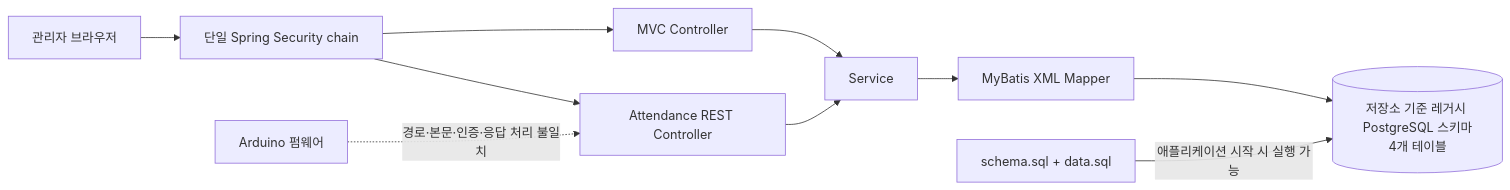
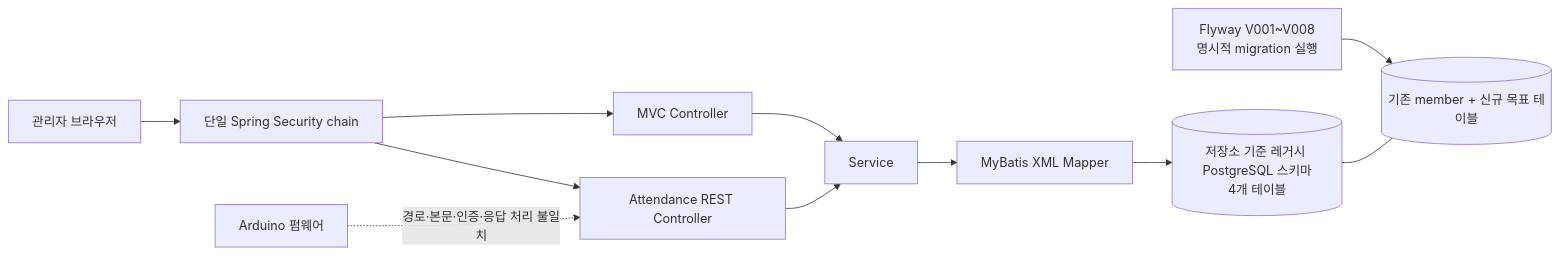
One commit to jinhokingofworld/attend changed the first of 6 diagrams in docs/ARCHITECTURE.md. Above: the diagram before and after it, drawn with Mermaid. The commit also changed other lines of this file and 40 other files, not shown here.

````diff
--- a/docs/ARCHITECTURE.md
+++ b/docs/ARCHITECTURE.md
@@ -120,12 +120,13 @@
 ```mermaid
 flowchart LR
     B["관리자 브라우저"] --> SC["단일 Spring Security chain"]
     SC --> MVC["MVC Controller"]
     SC --> API["Attendance REST Controller"]
     MVC --> S["Service"]
     API --> S
     S --> M["MyBatis XML Mapper"]
     M --> LDB[("저장소 기준 레거시 PostgreSQL 스키마<br>4개 테이블")]
-    INIT["schema.sql + data.sql"] -->|"애플리케이션 시작 시 실행 가능"| LDB
+    FLY["Flyway V001~V008<br>명시적 migration 실행"] --> TDB[("기존 member + 신규 목표 테이블")]
+    LDB --- TDB
     NFC["Arduino 펌웨어"] -. "경로·본문·인증·응답 처리 불일치" .-> API
 ```
````
